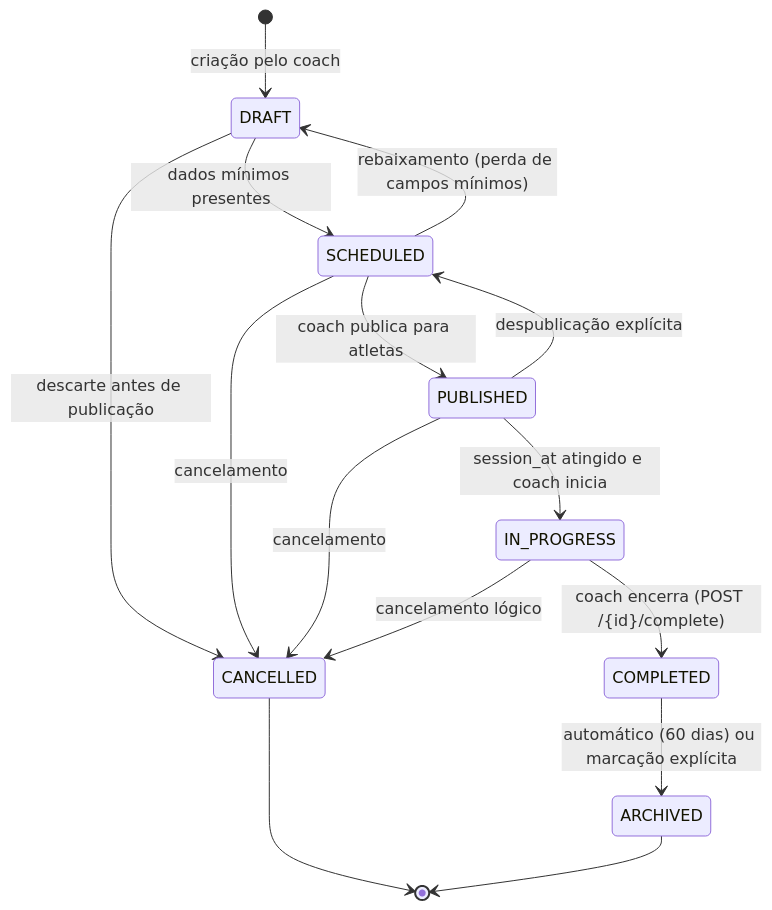
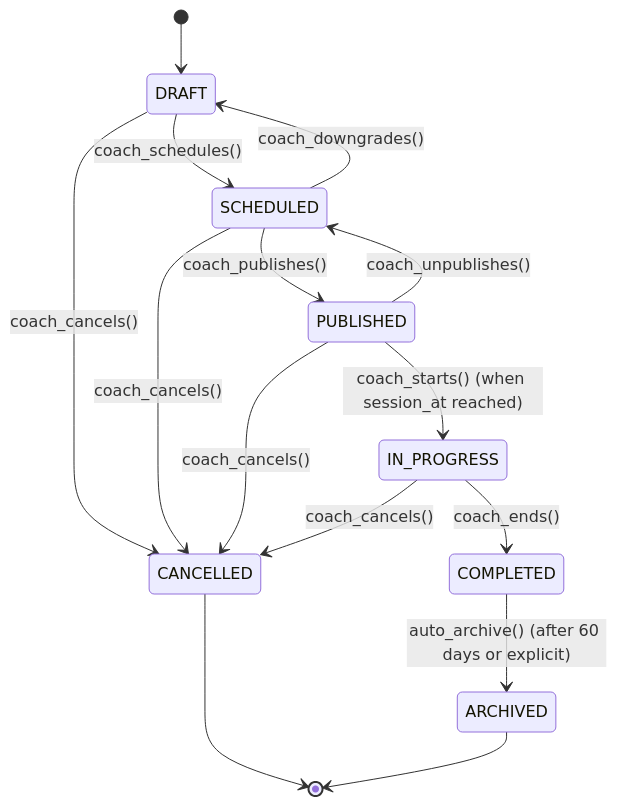
The diagram in docs/hbtrack/modulos/training/STATE_MODEL_TRAINING.md (hbtrack/official), drawn with Mermaid before and after one commit. The commit also changed other lines of this file and 169 other files, not shown here.

First line of the commit message:
fix(architecture): C4 reality alignment — backend hardening + docs sync (#92)

````diff
--- a/docs/hbtrack/modulos/training/STATE_MODEL_TRAINING.md
+++ b/docs/hbtrack/modulos/training/STATE_MODEL_TRAINING.md
@@ -34,23 +32,23 @@
 ```mermaid
 stateDiagram-v2
-  [*] --> DRAFT : criação pelo coach
-
-  DRAFT --> SCHEDULED : dados mínimos presentes
-  DRAFT --> CANCELLED : descarte antes de publicação
-
-  SCHEDULED --> PUBLISHED : coach publica para atletas
-  SCHEDULED --> DRAFT : rebaixamento (perda de campos mínimos)
-  SCHEDULED --> CANCELLED : cancelamento
-
-  PUBLISHED --> IN_PROGRESS : session_at atingido e coach inicia
-  PUBLISHED --> SCHEDULED : despublicação explícita
-  PUBLISHED --> CANCELLED : cancelamento
-
-  IN_PROGRESS --> COMPLETED : coach encerra (POST /{id}/complete)
-  IN_PROGRESS --> CANCELLED : cancelamento lógico
-
-  COMPLETED --> ARCHIVED : automático (60 dias) ou marcação explícita
-
+  [*] --> DRAFT
+  
+  DRAFT --> SCHEDULED: coach_schedules()
+  DRAFT --> CANCELLED: coach_cancels()
+  
+  SCHEDULED --> PUBLISHED: coach_publishes()
+  SCHEDULED --> DRAFT: coach_downgrades()
+  SCHEDULED --> CANCELLED: coach_cancels()
+  
+  PUBLISHED --> IN_PROGRESS: coach_starts() (when session_at reached)
+  PUBLISHED --> SCHEDULED: coach_unpublishes()
+  PUBLISHED --> CANCELLED: coach_cancels()
+  
+  IN_PROGRESS --> COMPLETED: coach_ends()
+  IN_PROGRESS --> CANCELLED: coach_cancels()
+  
+  COMPLETED --> ARCHIVED: auto_archive() (after 60 days or explicit)
+  
   CANCELLED --> [*]
   ARCHIVED --> [*]
 ```
````
